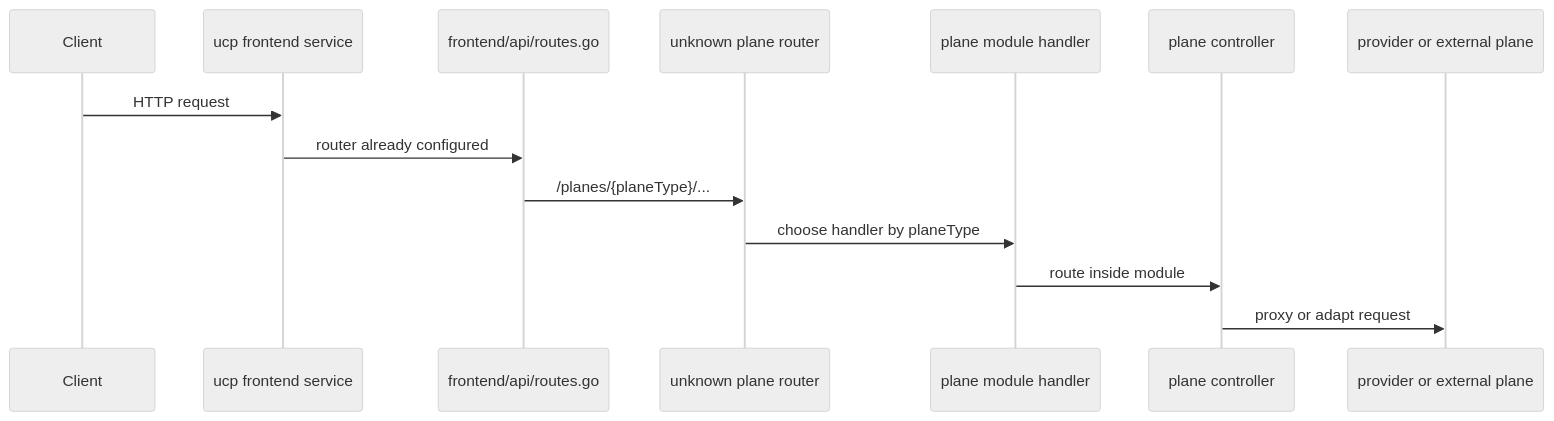
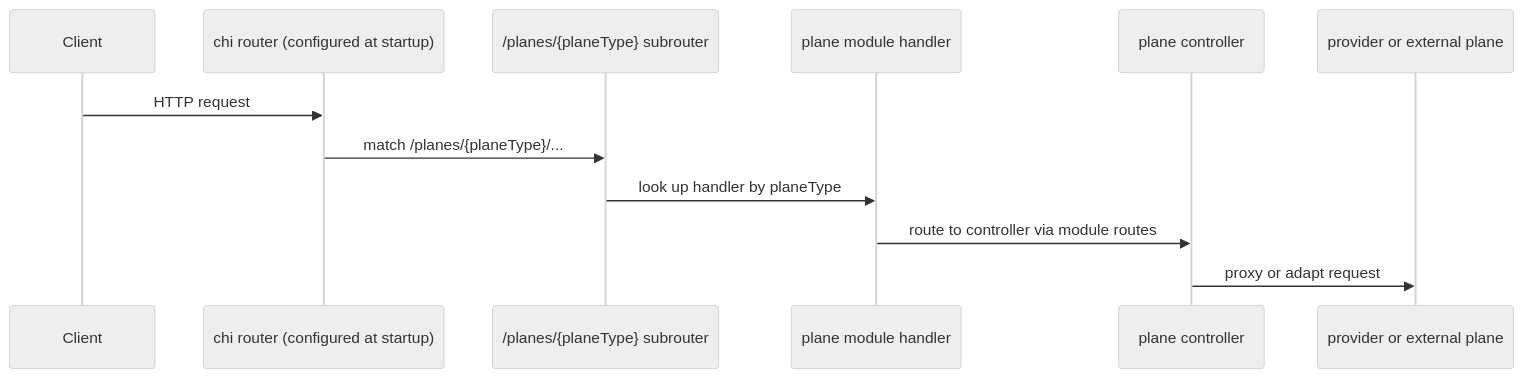
One commit to radius-project/radius changed the second of 2 diagrams in docs/architecture/ucp.md. Above: the diagram before and after it, drawn with Mermaid (neutral theme). The commit also changed other lines of this file and 3 other files, not shown here.

````diff
--- a/docs/architecture/ucp.md
+++ b/docs/architecture/ucp.md
@@ -152,17 +153,15 @@
 ```mermaid
 sequenceDiagram
   participant Client
-  participant Service as ucp frontend service
-  participant Register as frontend/api/routes.go
-  participant CatchAll as unknown plane router
+  participant Router as chi router (configured at startup)
+  participant CatchAll as /planes/{planeType} subrouter
   participant Module as plane module handler
   participant Controller as plane controller
   participant Downstream as provider or external plane
 
-  Client->>Service: HTTP request
-  Service->>Register: router already configured
-  Register->>CatchAll: /planes/{planeType}/...
-  CatchAll->>Module: choose handler by planeType
-  Module->>Controller: route inside module
+  Client->>Router: HTTP request
+  Router->>CatchAll: match /planes/{planeType}/...
+  CatchAll->>Module: look up handler by planeType
+  Module->>Controller: route to controller via module routes
   Controller->>Downstream: proxy or adapt request
 ```
````
